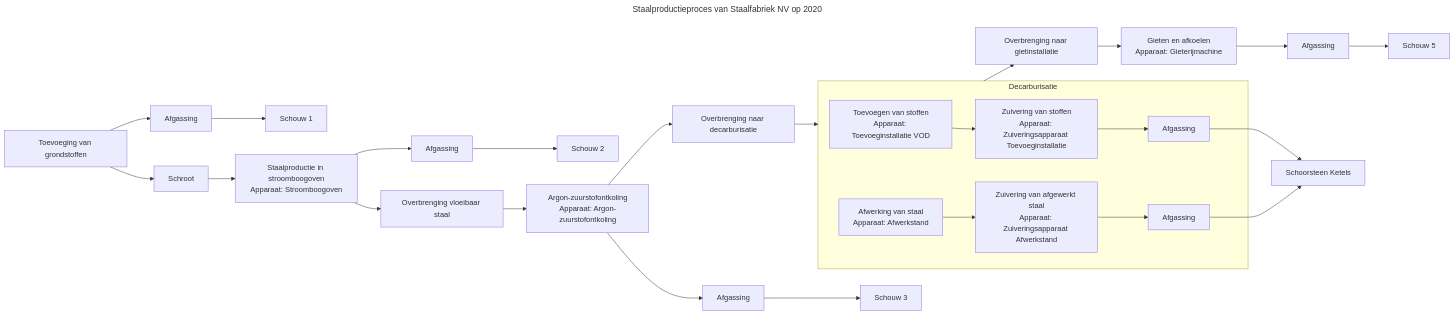
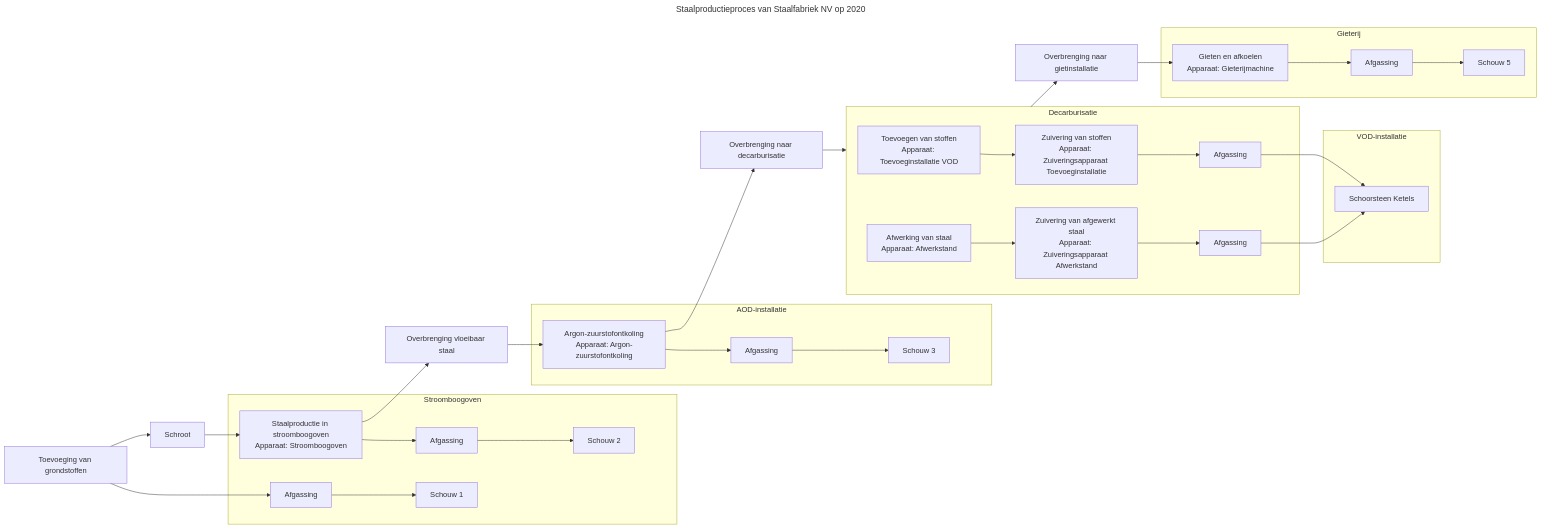
The diagram in documentatie/bin/activiteit-visualisatie/diagrams/0400123123_6851234567_ACTIVITEIT_1_VERSIE2020_proces_0400123123_6851234567_ACTIVITEIT_1_VERSIE2020.mmd (milieuinfo/RIE-IEPR), drawn with Mermaid before and after one commit. The commit also changed 33 other files, not shown here.

```diff
--- a/documentatie/bin/activiteit-visualisatie/diagrams/0400123123_6851234567_ACTIVITEIT_1_VERSIE2020_proces_0400123123_6851234567_ACTIVITEIT_1_VERSIE2020.mmd
+++ b/documentatie/bin/activiteit-visualisatie/diagrams/0400123123_6851234567_ACTIVITEIT_1_VERSIE2020_proces_0400123123_6851234567_ACTIVITEIT_1_VERSIE2020.mmd
@@ -1,58 +1,76 @@
 ---
 title: "Staalproductieproces van Staalfabriek NV op 2020"
 ---
 flowchart LR
 subgraph proces_0400123123_6851234567_ACTIVITEIT_1_0009_VERSIE2020["Decarburisatie"]
 proces_0400123123_6851234567_ACTIVITEIT_1_0009_001["Toevoegen van stoffen
 Apparaat: Toevoeginstallatie VOD"]
 proces_0400123123_6851234567_ACTIVITEIT_1_0009_002["Zuivering van stoffen
 Apparaat: Zuiveringsapparaat Toevoeginstallatie"]
 proces_0400123123_6851234567_ACTIVITEIT_1_0009_003["Afgassing"]
 proces_0400123123_6851234567_ACTIVITEIT_1_0009_004["Afwerking van staal
 Apparaat: Afwerkstand"]
 proces_0400123123_6851234567_ACTIVITEIT_1_0009_005["Zuivering van afgewerkt staal
 Apparaat: Zuiveringsapparaat Afwerkstand"]
 proces_0400123123_6851234567_ACTIVITEIT_1_0009_006["Afgassing"]
 end
-proces_0400123123_6851234567_ACTIVITEIT_1_0001["Toevoeging van grondstoffen"]
+subgraph installatie_0400123123_6851234567_0000001["Stroomboogoven"]
 emissiepunt_0400123123_6851234567_0000001["Schouw 1"]
 proces_0400123123_6851234567_ACTIVITEIT_1_0002["Afgassing"]
-proces_0400123123_6851234567_ACTIVITEIT_1_0003["Schroot"]
+emissiepunt_0400123123_6851234567_0000002["Schouw 2"]
+proces_0400123123_6851234567_ACTIVITEIT_1_0005["Afgassing"]
 proces_0400123123_6851234567_ACTIVITEIT_1_0004["Staalproductie in stroomboogoven
 Apparaat: Stroomboogoven"]
-emissiepunt_0400123123_6851234567_0000002["Schouw 2"]
-proces_0400123123_6851234567_ACTIVITEIT_1_0005["Afgassing"]
-proces_0400123123_6851234567_ACTIVITEIT_1_0006["Overbrenging vloeibaar staal"]
+end
+subgraph installatie_0400123123_6851234567_0000002["Gieterij"]
+emissiepunt_0400123123_6851234567_0000005["Schouw 5"]
+proces_0400123123_6851234567_ACTIVITEIT_1_0012["Afgassing"]
+proces_0400123123_6851234567_ACTIVITEIT_1_0011["Gieten en afkoelen
+Apparaat: Gieterijmachine"]
+end
+subgraph installatie_0400123123_6851234567_0000003["VOD-installatie"]
+emissiepunt_0400123123_6851234567_0000004["Schoorsteen Ketels"]
+proces_0400123123_6851234567_ACTIVITEIT_1_0009_003["Afgassing"]
+proces_0400123123_6851234567_ACTIVITEIT_1_0009_006["Afgassing"]
+proces_0400123123_6851234567_ACTIVITEIT_1_0009_001["Toevoegen van stoffen
+Apparaat: Toevoeginstallatie VOD"]
+proces_0400123123_6851234567_ACTIVITEIT_1_0009_005["Zuivering van afgewerkt staal
+Apparaat: Zuiveringsapparaat Afwerkstand"]
+proces_0400123123_6851234567_ACTIVITEIT_1_0009_004["Afwerking van staal
+Apparaat: Afwerkstand"]
+proces_0400123123_6851234567_ACTIVITEIT_1_0009_002["Zuivering van stoffen
+Apparaat: Zuiveringsapparaat Toevoeginstallatie"]
+end
+subgraph installatie_0400123123_6851234567_0000004["AOD-installatie"]
+emissiepunt_0400123123_6851234567_0000003["Schouw 3"]
+proces_0400123123_6851234567_ACTIVITEIT_1_0008["Afgassing"]
 proces_0400123123_6851234567_ACTIVITEIT_1_0007["Argon-zuurstofontkoling
 Apparaat: Argon-zuurstofontkoling"]
-emissiepunt_0400123123_6851234567_0000003["Schouw 3"]
-proces_0400123123_6851234567_ACTIVITEIT_1_0008["Afgassing"]
+end
+proces_0400123123_6851234567_ACTIVITEIT_1_0001["Toevoeging van grondstoffen"]
+proces_0400123123_6851234567_ACTIVITEIT_1_0003["Schroot"]
+proces_0400123123_6851234567_ACTIVITEIT_1_0006["Overbrenging vloeibaar staal"]
 proces_0400123123_6851234567_ACTIVITEIT_1_0008b["Overbrenging naar decarburisatie"]
 proces_0400123123_6851234567_ACTIVITEIT_1_0010["Overbrenging naar gietinstallatie"]
-proces_0400123123_6851234567_ACTIVITEIT_1_0011["Gieten en afkoelen
-Apparaat: Gieterijmachine"]
-emissiepunt_0400123123_6851234567_0000005["Schouw 5"]
-proces_0400123123_6851234567_ACTIVITEIT_1_0012["Afgassing"]
-emissiepunt_0400123123_6851234567_0000004["Schoorsteen Ketels"]
 proces_0400123123_6851234567_ACTIVITEIT_1_0002 --> emissiepunt_0400123123_6851234567_0000001
 proces_0400123123_6851234567_ACTIVITEIT_1_0005 --> emissiepunt_0400123123_6851234567_0000002
 proces_0400123123_6851234567_ACTIVITEIT_1_0008 --> emissiepunt_0400123123_6851234567_0000003
 proces_0400123123_6851234567_ACTIVITEIT_1_0012 --> emissiepunt_0400123123_6851234567_0000005
 proces_0400123123_6851234567_ACTIVITEIT_1_0009_003 --> emissiepunt_0400123123_6851234567_0000004
 proces_0400123123_6851234567_ACTIVITEIT_1_0009_006 --> emissiepunt_0400123123_6851234567_0000004
 proces_0400123123_6851234567_ACTIVITEIT_1_0001 --> proces_0400123123_6851234567_ACTIVITEIT_1_0002
 proces_0400123123_6851234567_ACTIVITEIT_1_0001 --> proces_0400123123_6851234567_ACTIVITEIT_1_0003
 proces_0400123123_6851234567_ACTIVITEIT_1_0003 --> proces_0400123123_6851234567_ACTIVITEIT_1_0004
 proces_0400123123_6851234567_ACTIVITEIT_1_0004 --> proces_0400123123_6851234567_ACTIVITEIT_1_0005
 proces_0400123123_6851234567_ACTIVITEIT_1_0004 --> proces_0400123123_6851234567_ACTIVITEIT_1_0006
 proces_0400123123_6851234567_ACTIVITEIT_1_0006 --> proces_0400123123_6851234567_ACTIVITEIT_1_0007
 proces_0400123123_6851234567_ACTIVITEIT_1_0007 --> proces_0400123123_6851234567_ACTIVITEIT_1_0008
 proces_0400123123_6851234567_ACTIVITEIT_1_0007 --> proces_0400123123_6851234567_ACTIVITEIT_1_0008b
 proces_0400123123_6851234567_ACTIVITEIT_1_0008b --> proces_0400123123_6851234567_ACTIVITEIT_1_0009_VERSIE2020
 proces_0400123123_6851234567_ACTIVITEIT_1_0009_001 --> proces_0400123123_6851234567_ACTIVITEIT_1_0009_002
 proces_0400123123_6851234567_ACTIVITEIT_1_0009_002 --> proces_0400123123_6851234567_ACTIVITEIT_1_0009_003
 proces_0400123123_6851234567_ACTIVITEIT_1_0009_004 --> proces_0400123123_6851234567_ACTIVITEIT_1_0009_005
 proces_0400123123_6851234567_ACTIVITEIT_1_0009_005 --> proces_0400123123_6851234567_ACTIVITEIT_1_0009_006
 proces_0400123123_6851234567_ACTIVITEIT_1_0009_VERSIE2020 --> proces_0400123123_6851234567_ACTIVITEIT_1_0010
 proces_0400123123_6851234567_ACTIVITEIT_1_0010 --> proces_0400123123_6851234567_ACTIVITEIT_1_0011
 proces_0400123123_6851234567_ACTIVITEIT_1_0011 --> proces_0400123123_6851234567_ACTIVITEIT_1_0012
```
